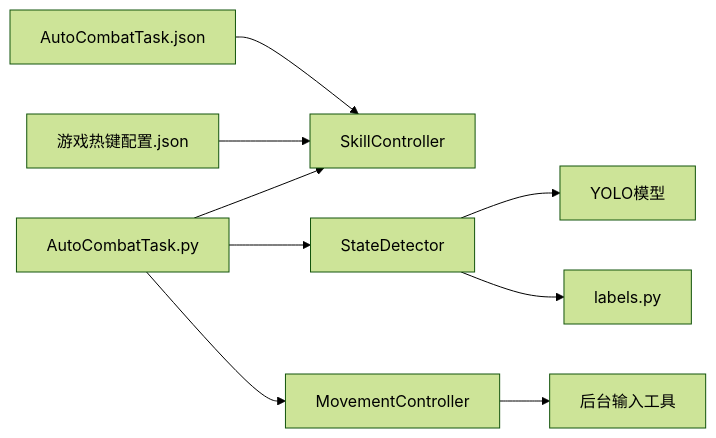
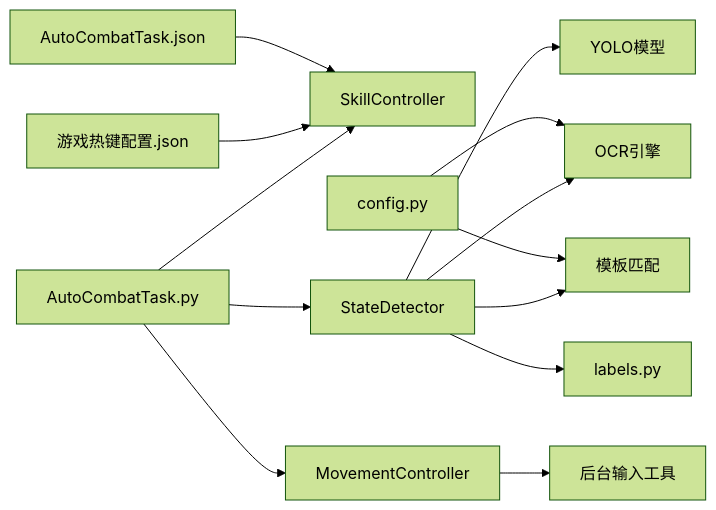
One commit to xsy098-max/ok-jump changed the seventh of 7 diagrams in .qoder/repowiki/zh/content/配置管理/战斗系统配置.md. Above: the diagram before and after it, drawn with Mermaid (forest theme). The commit also changed other lines of this file and 21 other files, not shown here.

````diff
--- a/.qoder/repowiki/zh/content/配置管理/战斗系统配置.md
+++ b/.qoder/repowiki/zh/content/配置管理/战斗系统配置.md
@@ -282,11 +363,15 @@
 ```mermaid
 graph LR
 CFG1["AutoCombatTask.json"] --> SC["SkillController"]
 CFG2["游戏热键配置.json"] --> SC
+CFG3["config.py"] --> OCR["OCR引擎"]
+CFG3 --> TM["模板匹配"]
 AT["AutoCombatTask.py"] --> SD["StateDetector"]
 AT --> MC["MovementController"]
 AT --> SC
 SD --> YOLO["YOLO模型"]
+SD --> OCR
+SD --> TM
 SD --> LB["labels.py"]
 MC --> BG["后台输入工具"]
 ```
````
